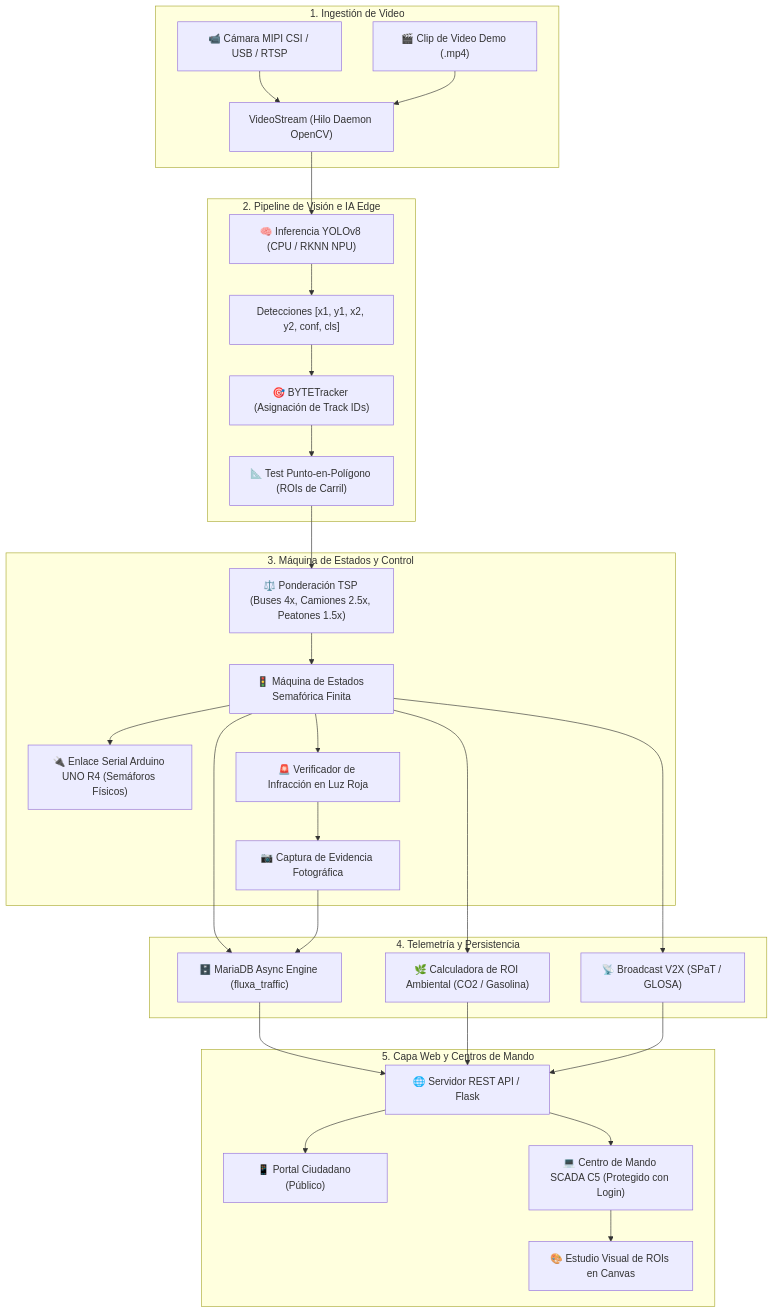
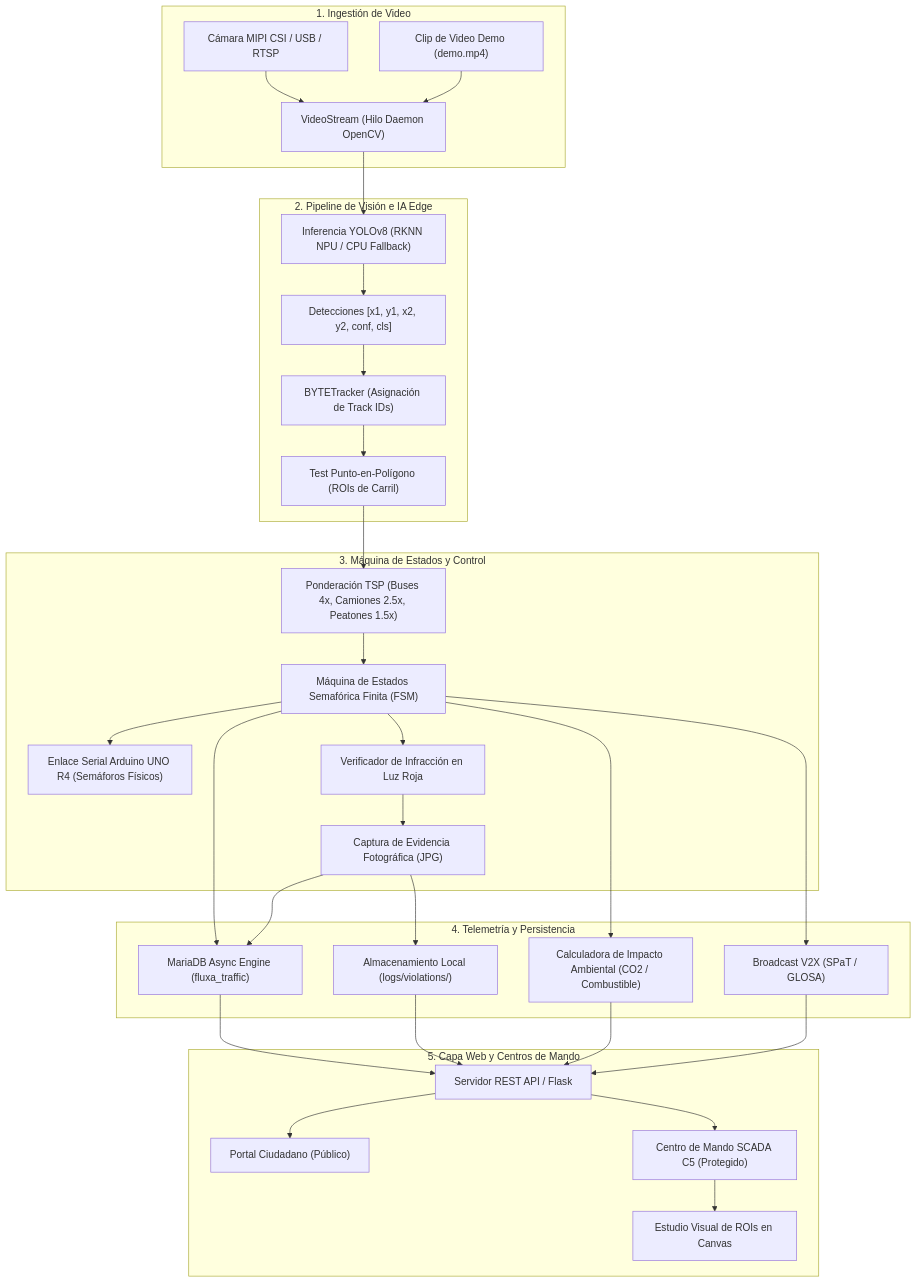
One commit to Pozole98/fluxa-smart-city changed the diagram in docs/MANUAL_TECNICO.md. Above: the diagram before and after it, drawn with Mermaid. The commit also changed other lines of this file and 5 other files, not shown here.

````diff
--- a/docs/MANUAL_TECNICO.md
+++ b/docs/MANUAL_TECNICO.md
@@ -33,38 +34,40 @@
 ```mermaid
 graph TD
     subgraph INGESTION ["1. Ingestión de Video"]
-        CAM["📹 Cámara MIPI CSI / USB / RTSP"] --> VS["VideoStream (Hilo Daemon OpenCV)"]
-        VID["🎬 Clip de Video Demo (.mp4)"] --> VS
+        CAM["Cámara MIPI CSI / USB / RTSP"] --> VS["VideoStream (Hilo Daemon OpenCV)"]
+        VID["Clip de Video Demo (demo.mp4)"] --> VS
     end
 
     subgraph AI_PIPELINE ["2. Pipeline de Visión e IA Edge"]
-        VS --> INFER["🧠 Inferencia YOLOv8 (CPU / RKNN NPU)"]
+        VS --> INFER["Inferencia YOLOv8 (RKNN NPU / CPU Fallback)"]
         INFER --> DETS["Detecciones [x1, y1, x2, y2, conf, cls]"]
-        DETS --> TRACK["🎯 BYTETracker (Asignación de Track IDs)"]
-        TRACK --> PIP["📐 Test Punto-en-Polígono (ROIs de Carril)"]
+        DETS --> TRACK["BYTETracker (Asignación de Track IDs)"]
+        TRACK --> PIP["Test Punto-en-Polígono (ROIs de Carril)"]
     end
 
     subgraph CONTROL_LOGIC ["3. Máquina de Estados y Control"]
-        PIP --> TSP["⚖️ Ponderación TSP (Buses 4x, Camiones 2.5x, Peatones 1.5x)"]
-        TSP --> FSM["🚦 Máquina de Estados Semafórica Finita"]
-        FSM --> ARD["🔌 Enlace Serial Arduino UNO R4 (Semáforos Físicos)"]
-        FSM --> RED_LIGHT["🚨 Verificador de Infracción en Luz Roja"]
-        RED_LIGHT --> SNAP["📷 Captura de Evidencia Fotográfica"]
+        PIP --> TSP["Ponderación TSP (Buses 4x, Camiones 2.5x, Peatones 1.5x)"]
+        TSP --> FSM["Máquina de Estados Semafórica Finita (FSM)"]
+        FSM --> ARD["Enlace Serial Arduino UNO R4 (Semáforos Físicos)"]
+        FSM --> RED_LIGHT["Verificador de Infracción en Luz Roja"]
+        RED_LIGHT --> SNAP["Captura de Evidencia Fotográfica (JPG)"]
     end
 
     subgraph TELEMETRY_STORAGE ["4. Telemetría y Persistencia"]
-        FSM --> DB["🗄️ MariaDB Async Engine (fluxa_traffic)"]
+        FSM --> DB["MariaDB Async Engine (fluxa_traffic)"]
         SNAP --> DB
-        FSM --> V2X["📡 Broadcast V2X (SPaT / GLOSA)"]
-        FSM --> ROI_CALC["🌿 Calculadora de ROI Ambiental (CO2 / Gasolina)"]
+        SNAP --> DISK["Almacenamiento Local (logs/violations/)"]
+        FSM --> V2X["Broadcast V2X (SPaT / GLOSA)"]
+        FSM --> ROI_CALC["Calculadora de Impacto Ambiental (CO2 / Combustible)"]
     end
 
     subgraph WEB_SCADA ["5. Capa Web y Centros de Mando"]
-        DB --> REST["🌐 Servidor REST API / Flask"]
+        DB --> REST["Servidor REST API / Flask"]
+        DISK --> REST
         ROI_CALC --> REST
         V2X --> REST
-        REST --> PUB_UI["📱 Portal Ciudadano (Público)"]
-        REST --> ADM_UI["💻 Centro de Mando SCADA C5 (Protegido con Login)"]
-        ADM_UI --> CANVAS["🎨 Estudio Visual de ROIs en Canvas"]
+        REST --> PUB_UI["Portal Ciudadano (Público)"]
+        REST --> ADM_UI["Centro de Mando SCADA C5 (Protegido)"]
+        ADM_UI --> CANVAS["Estudio Visual de ROIs en Canvas"]
     end
 ```
````
